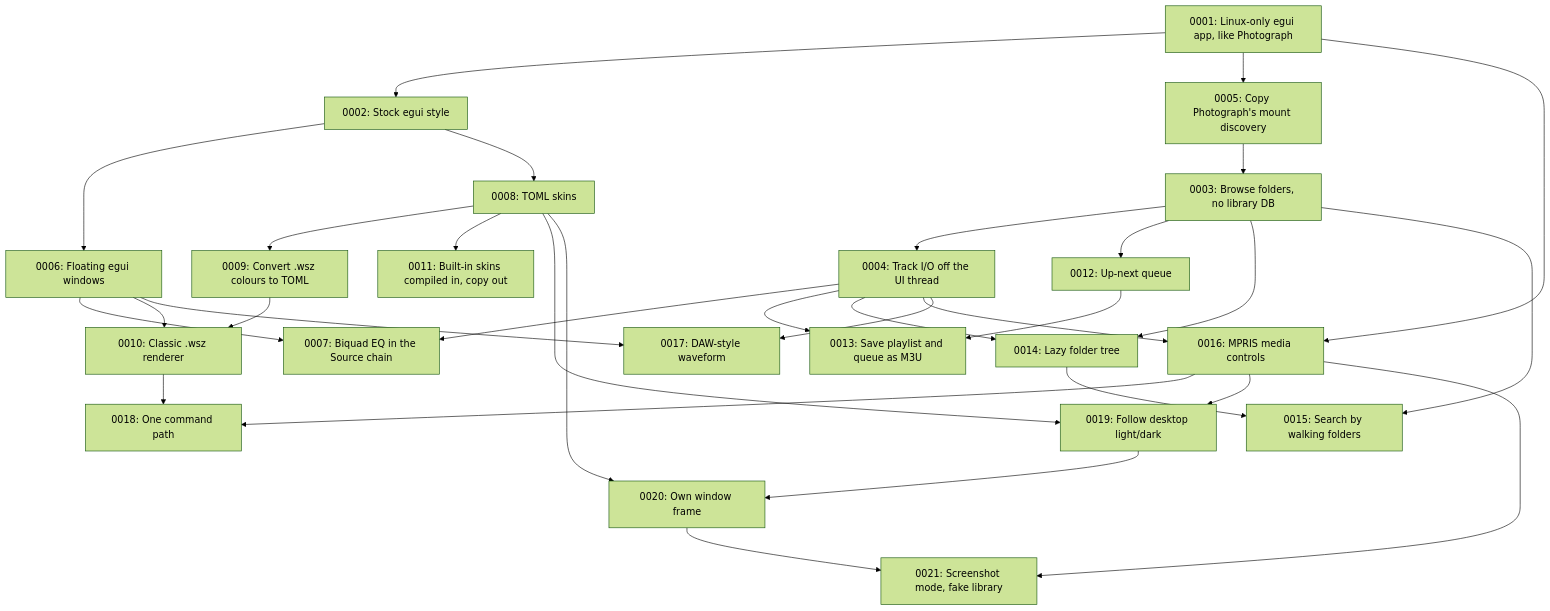
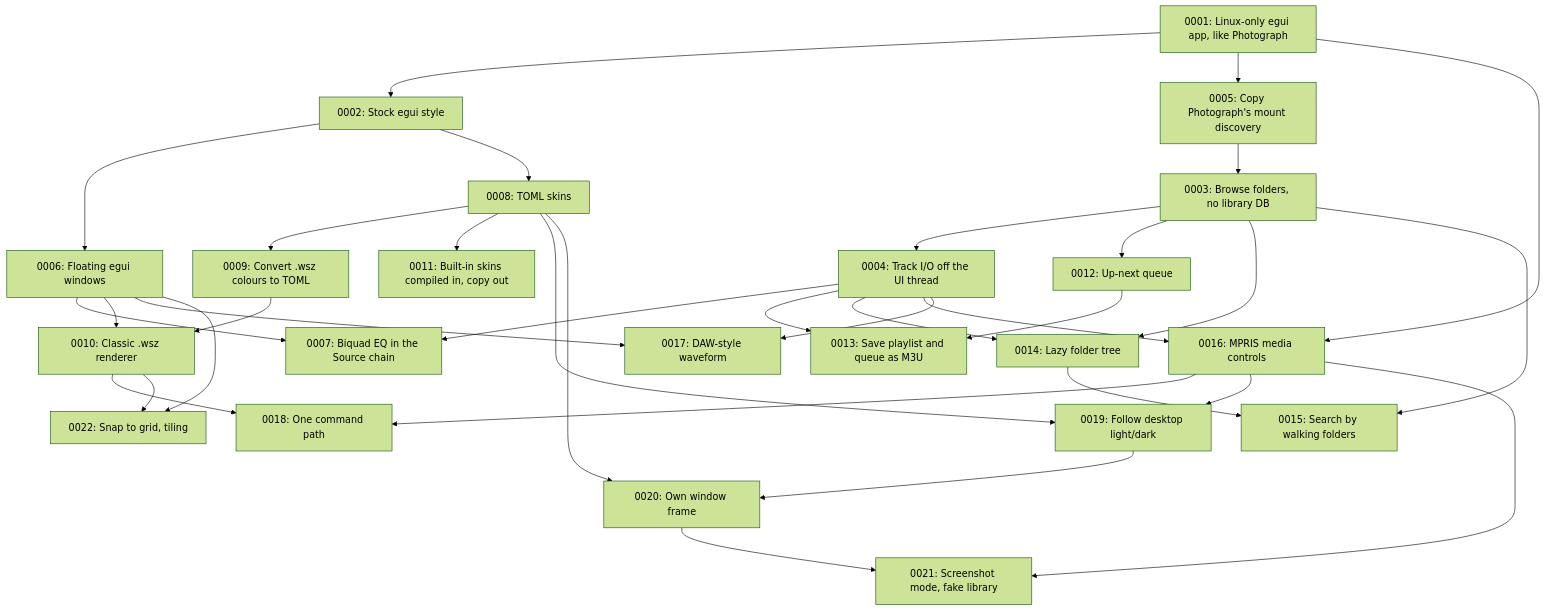
One commit to divanvisagie/UnAmp changed the diagram in docs/adr/README.md. Above: the diagram before and after it, drawn with Mermaid (forest theme). The commit also changed other lines of this file and 6 other files, not shown here.

First line of the commit message:
Snap floating windows to a grid, or tile them

````diff
--- a/docs/adr/README.md
+++ b/docs/adr/README.md
@@ -67,34 +68,36 @@
 ```mermaid
 flowchart TD
     A[0001: Linux-only egui app, like Photograph] --> B[0002: Stock egui style]
     A --> E[0005: Copy Photograph's mount discovery]
     C[0003: Browse folders, no library DB] --> D[0004: Track I/O off the UI thread]
     E --> C
     B --> F[0006: Floating egui windows]
     D --> G[0007: Biquad EQ in the Source chain]
     F --> G
     B --> H[0008: TOML skins]
     H --> I[0009: Convert .wsz colours to TOML]
     I --> J[0010: Classic .wsz renderer]
     F --> J
     H --> K[0011: Built-in skins compiled in, copy out]
     C --> L[0012: Up-next queue]
     L --> M[0013: Save playlist and queue as M3U]
     D --> M
     C --> N[0014: Lazy folder tree]
     D --> N
     C --> O[0015: Search by walking folders]
     N --> O
     A --> P[0016: MPRIS media controls]
     D --> P
     F --> Q[0017: DAW-style waveform]
     D --> Q
     J --> R[0018: One command path]
     P --> R
     H --> S[0019: Follow desktop light/dark]
     P --> S
     S --> T[0020: Own window frame]
     H --> T
     T --> U[0021: Screenshot mode, fake library]
     P --> U
+    F --> V[0022: Snap to grid, tiling]
+    J --> V
 ```
````
